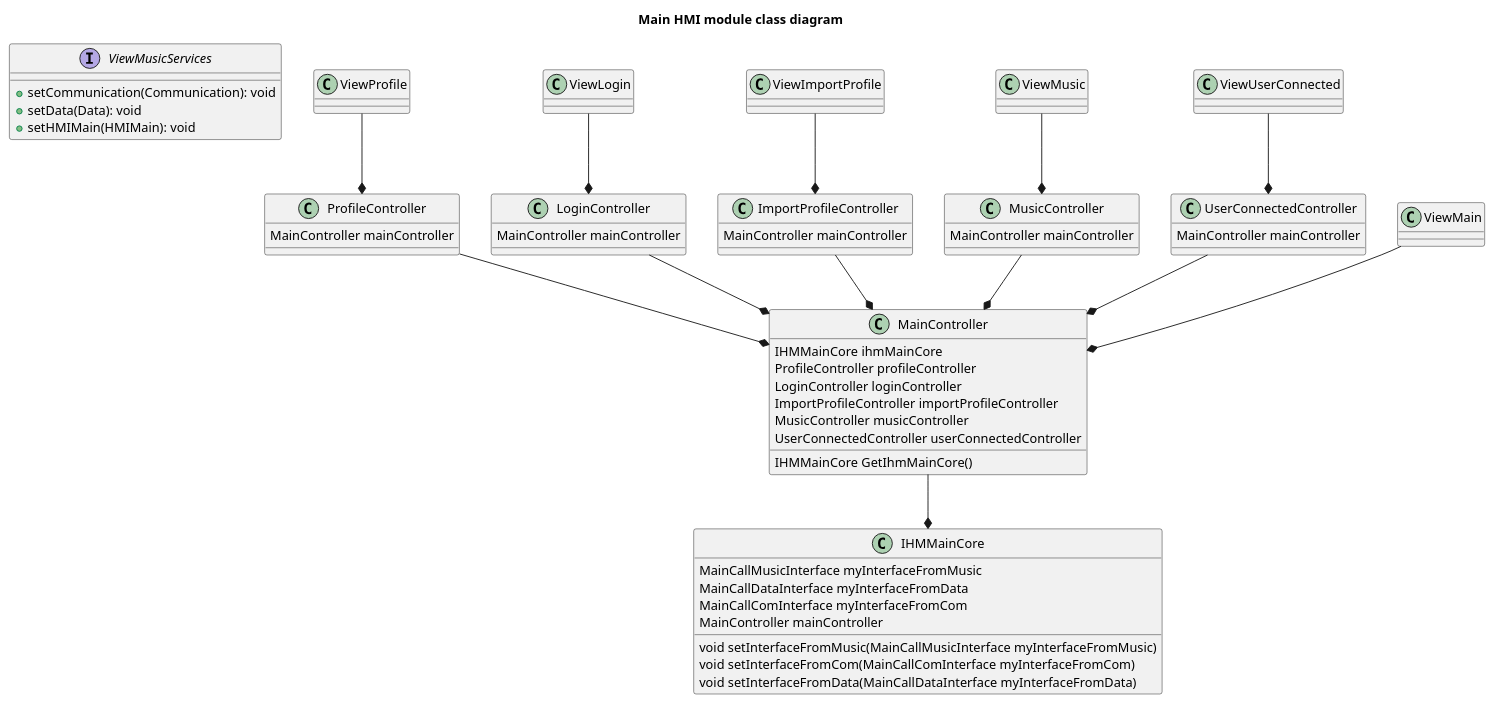
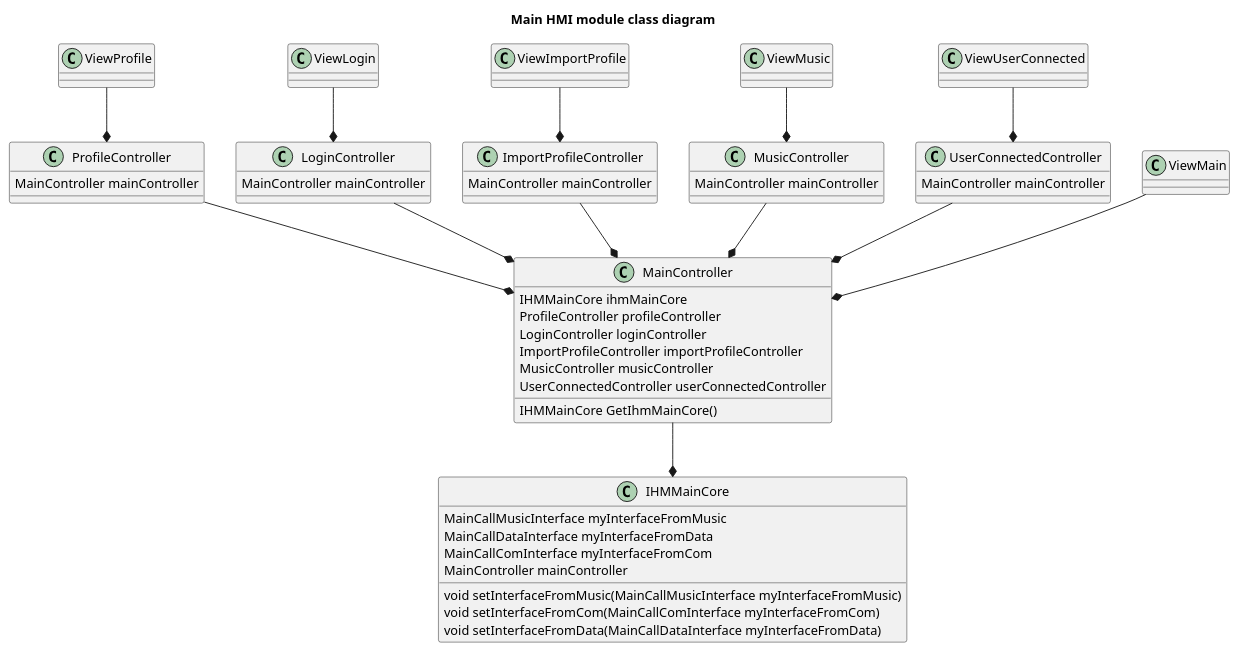
The diagram in class/hmi_main.puml (UTCAI12/Diagrams), drawn with PlantUML before and after one commit.

```diff
--- a/class/hmi_main.puml
+++ b/class/hmi_main.puml
@@ -1,78 +1,72 @@
 @startuml Main HMI module class diagram
 title Main HMI module class diagram
-
-    interface ViewMusicServices  {
-    + setCommunication(Communication): void
-    + setData(Data): void
-    + setHMIMain(HMIMain): void
-    }
 
     class IHMMainCore {
         MainCallMusicInterface myInterfaceFromMusic
         MainCallDataInterface myInterfaceFromData
         MainCallComInterface myInterfaceFromCom
         MainController mainController
 
         void setInterfaceFromMusic(MainCallMusicInterface myInterfaceFromMusic)
         void setInterfaceFromCom(MainCallComInterface myInterfaceFromCom)
         void setInterfaceFromData(MainCallDataInterface myInterfaceFromData)
     }
 
 
     class ProfileController {
         MainController mainController
     }
 
     class LoginController {
         MainController mainController
     }
 
     class ImportProfileController {
         MainController mainController
     }
 
     class MusicController {
         MainController mainController
     }
 
     class UserConnectedController {
         MainController mainController
     }
 
 
     class ViewProfile
     class ViewLogin
     class ViewImportProfile
     class ViewMusic
     class ViewUserConnected
     class ViewMain
 
 
     class MainController {
         IHMMainCore ihmMainCore
         ProfileController profileController
         LoginController loginController
         ImportProfileController importProfileController
         MusicController musicController
         UserConnectedController userConnectedController
 
         IHMMainCore GetIhmMainCore()
     }
 
     ViewProfile --* ProfileController
     ViewLogin --* LoginController
     ViewImportProfile --* ImportProfileController
     ViewMusic --* MusicController
     ViewUserConnected --* UserConnectedController
     ViewMain --* MainController
 
 
     MainController --* IHMMainCore
 
     ProfileController --* MainController
     LoginController --* MainController
     ImportProfileController --* MainController
     MusicController --* MainController
     UserConnectedController --* MainController
 
 @enduml
```
